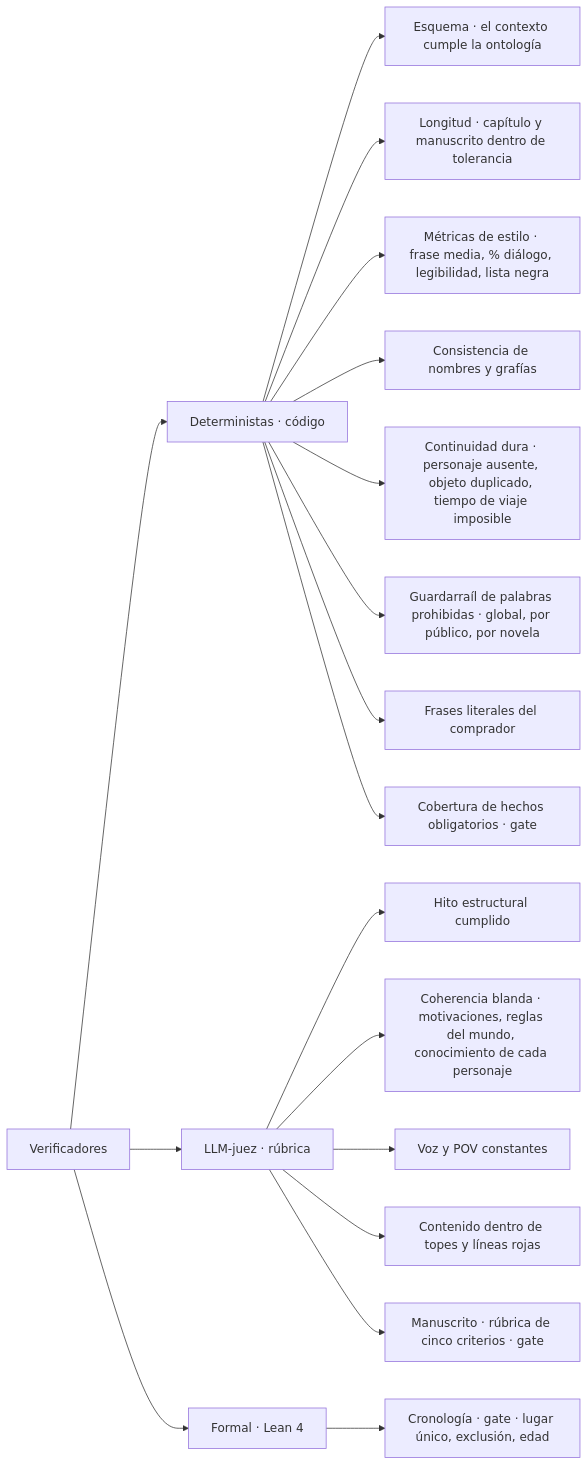
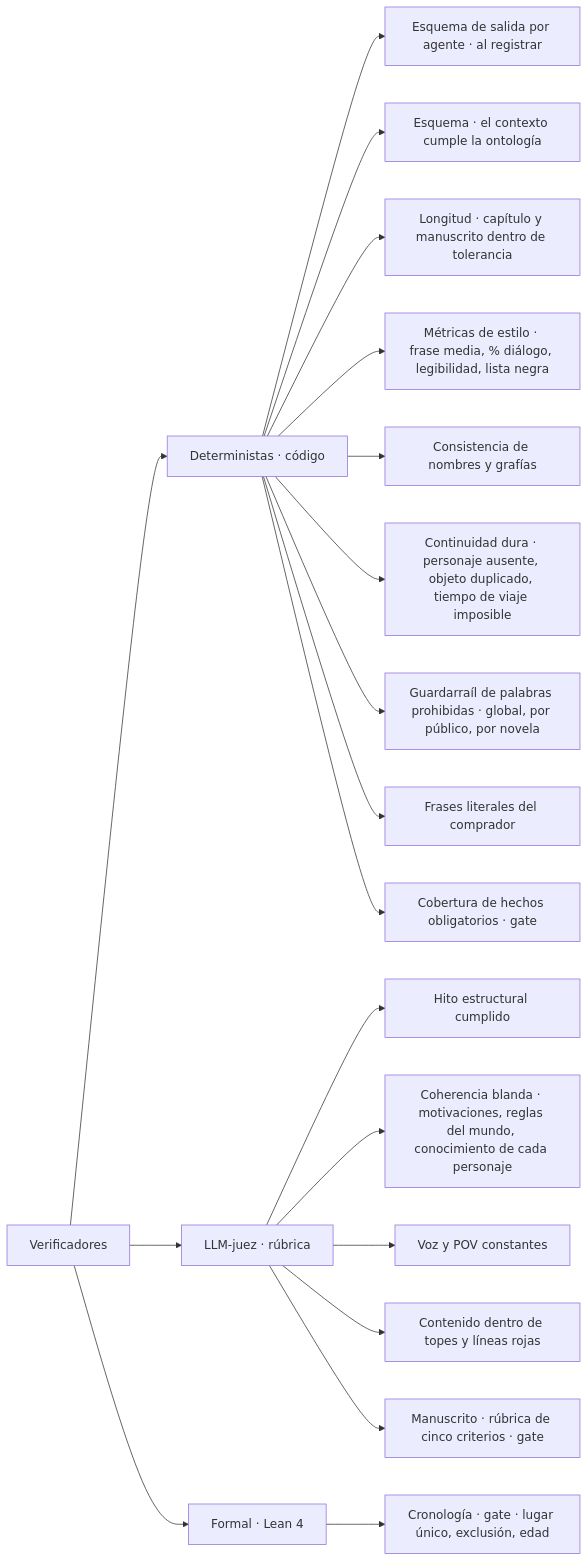
The fifth of 10 diagrams in docs/architecture.md (Asieribarz/my-story-marker), drawn with Mermaid before and after one commit. The commit also changed other lines of this file and 5 other files, not shown here.

````diff
--- a/docs/architecture.md
+++ b/docs/architecture.md
@@ -241,20 +247,21 @@
 ```mermaid
 flowchart LR
   V["Verificadores"] --> D["Deterministas · código"]
+  D --> D0["Esquema de salida por agente · al registrar"]
   V --> J["LLM-juez · rúbrica"]
   D --> D1["Esquema · el contexto cumple la ontología"]
   D --> D2["Longitud · capítulo y manuscrito dentro de tolerancia"]
   D --> D3["Métricas de estilo · frase media, % diálogo, legibilidad, lista negra"]
   D --> D4["Consistencia de nombres y grafías"]
   D --> D5["Continuidad dura · personaje ausente, objeto duplicado, tiempo de viaje imposible"]
   D --> D6["Guardarraíl de palabras prohibidas · global, por público, por novela"]
   D --> D7["Frases literales del comprador"]
   D --> D8["Cobertura de hechos obligatorios · gate"]
   V --> F["Formal · Lean 4"]
   F --> F1["Cronología · gate · lugar único, exclusión, edad"]
   J --> J1["Hito estructural cumplido"]
   J --> J2["Coherencia blanda · motivaciones, reglas del mundo, conocimiento de cada personaje"]
   J --> J3["Voz y POV constantes"]
   J --> J4["Contenido dentro de topes y líneas rojas"]
   J --> J5["Manuscrito · rúbrica de cinco criterios · gate"]
 ```
````
